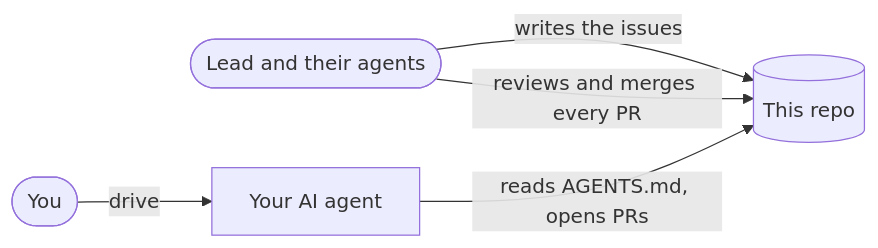
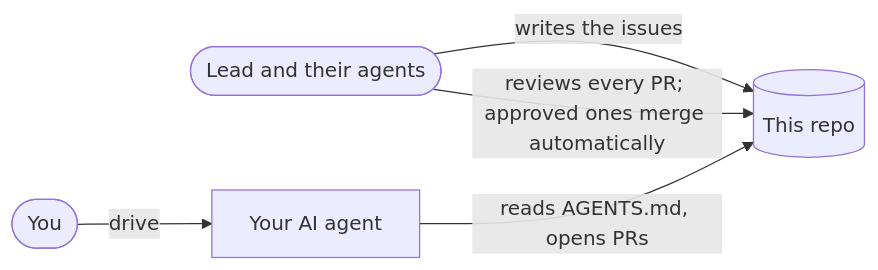
Before and after one commit to atiladeokegab/hackathon_teamwork: the second of 5 diagrams in README.md, drawn with Mermaid. The commit also changed other lines of this file, not shown here.

Commit message:
docs(readme): approved PRs merge automatically; what a failed smoke does

````diff
--- a/README.md
+++ b/README.md
@@ -64,7 +64,7 @@
 ```mermaid
 flowchart LR
     LEAD(["Lead and their agents"]) -- "writes the issues" --> REPO[("This repo")]
-    LEAD -- "reviews and merges every PR" --> REPO
+    LEAD -- "reviews every PR; approved ones merge automatically" --> REPO
     YOU(["You"]) -- "drive" --> AGENT["Your AI agent"]
     AGENT -- "reads AGENTS.md, opens PRs" --> REPO
 ```
````
